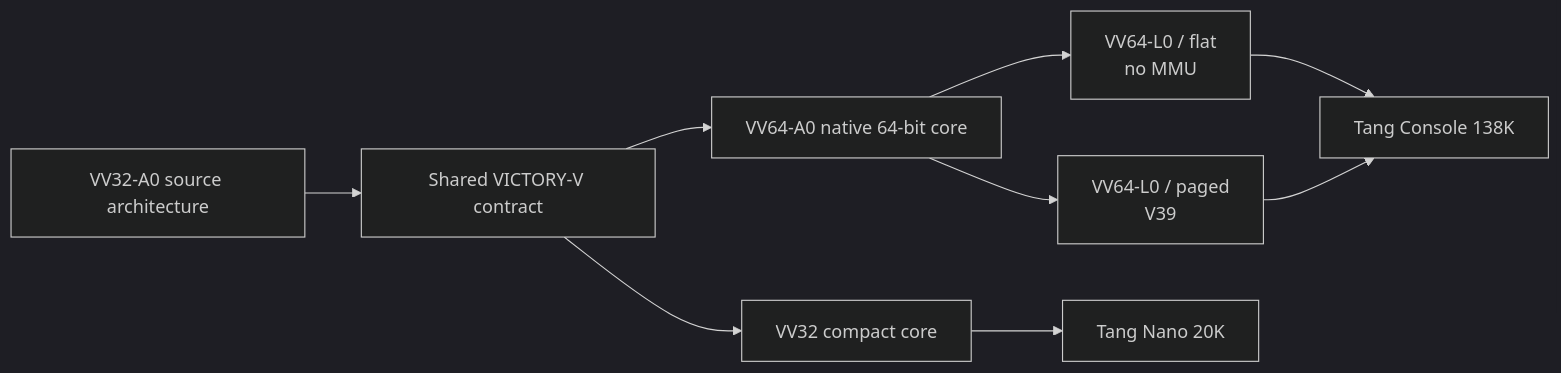
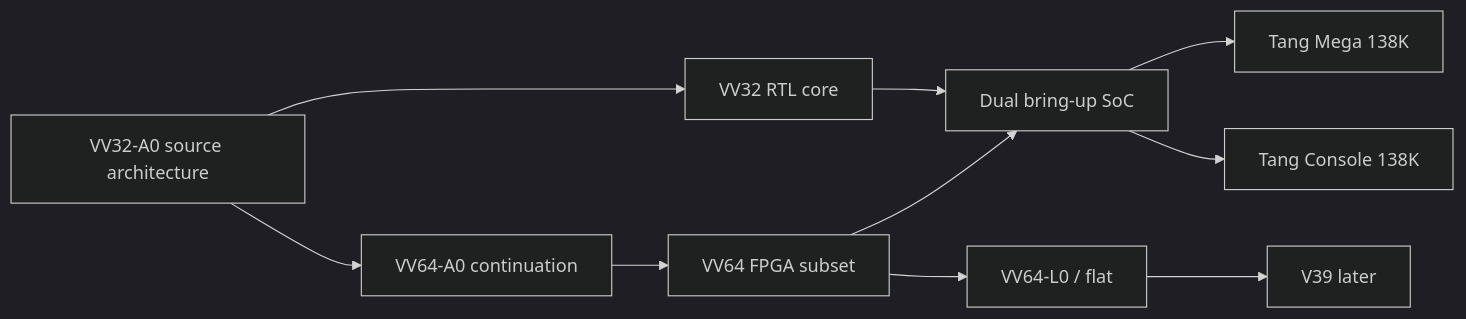
The diagram in README.md (urotsuki-san/VICTORY-V), drawn with Mermaid (dark theme) before and after one commit. The commit also changed other lines of this file and 31 other files, not shown here.

Commit message:
feat: add Tang 138K dual-core FPGA bring-up

````diff
--- a/README.md
+++ b/README.md
@@ -61,11 +61,12 @@
 ```mermaid
 flowchart LR
-    A[VV32-A0 source architecture] --> C[Shared VICTORY-V contract]
-    C --> B[VV32 compact core]
-    C --> D[VV64-A0 native 64-bit core]
-    D --> F[VV64-L0 / flat\nno MMU]
-    D --> P[VV64-L0 / paged\nV39]
-    B --> N[Tang Nano 20K]
-    F --> T[Tang Console 138K]
-    P --> T
+    A[VV32-A0 source architecture] --> B[VV32 RTL core]
+    A --> C[VV64-A0 continuation]
+    C --> D[VV64 FPGA subset]
+    B --> S[Dual bring-up SoC]
+    D --> S
+    S --> M[Tang Mega 138K]
+    S --> N[Tang Console 138K]
+    D --> F[VV64-L0 / flat]
+    F --> P[V39 later]
 ```
````
